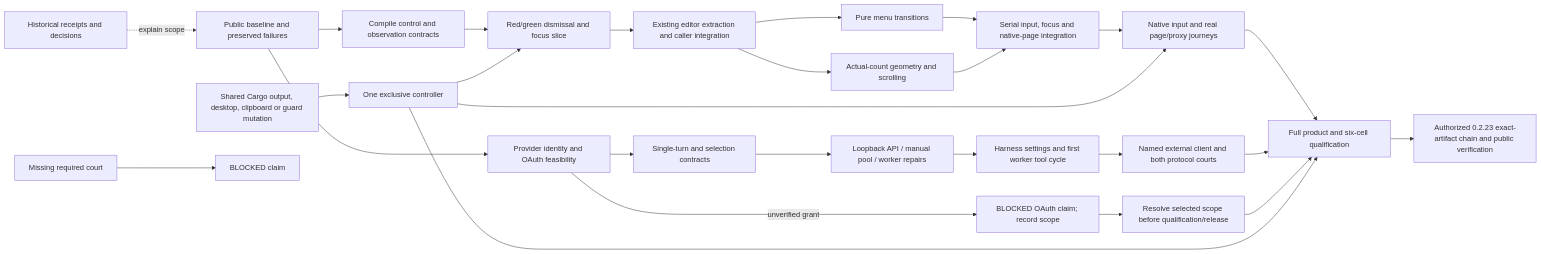
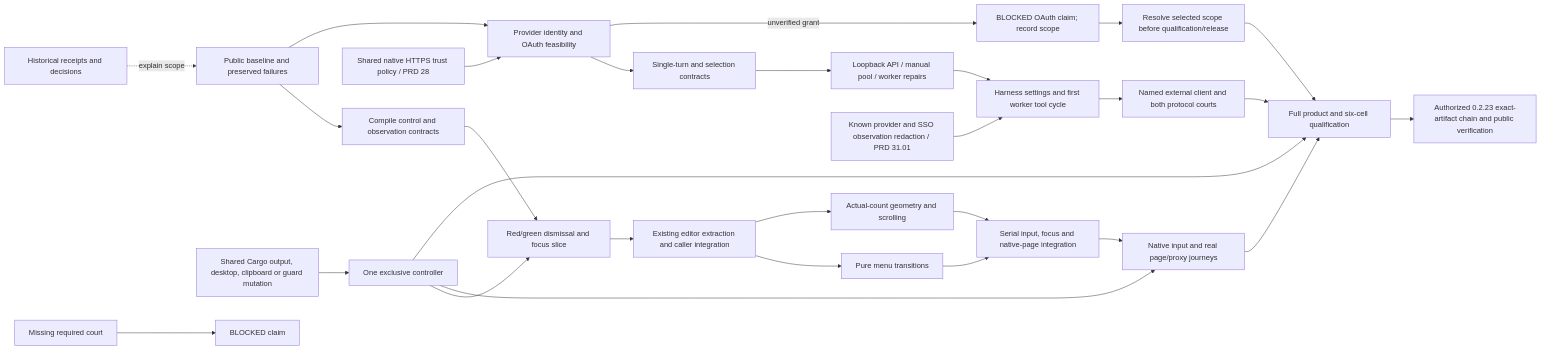
One commit to partnernetsoftware/minicon changed the diagram in plan/plan-v0.2.23.md. Above: the diagram before and after it, drawn with Mermaid. The commit also changed other lines of this file and 4 other files, not shown here.

````diff
--- a/plan/plan-v0.2.23.md
+++ b/plan/plan-v0.2.23.md
@@ -75,28 +75,30 @@
 ```mermaid
 flowchart LR
     B[Public baseline and preserved failures] --> C[Compile control and observation contracts]
     C --> D[Red/green dismissal and focus slice]
     D --> E[Existing editor extraction and caller integration]
     E --> M[Pure menu transitions]
     E --> L[Actual-count geometry and scrolling]
     B --> A[Provider identity and OAuth feasibility]
+    TLS[Shared native HTTPS trust policy / PRD 28] --> A
+    PRIV[Known provider and SSO observation redaction / PRD 31.01] --> HS
     A --> F[Single-turn and selection contracts]
     F --> G[Loopback API / manual pool / worker repairs]
     G --> HS[Harness settings and first worker tool cycle]
     HS --> EC[Named external client and both protocol courts]
     A -->|unverified grant| AB[BLOCKED OAuth claim; record scope]
     M --> I[Serial input, focus and native-page integration]
     L --> I
     I --> N[Native input and real page/proxy journeys]
     N --> Q[Full product and six-cell qualification]
     EC --> Q
     AB --> RD[Resolve selected scope before qualification/release]
     RD --> Q
     Q --> R[Authorized 0.2.23 exact-artifact chain and public verification]
     S[Shared Cargo output, desktop, clipboard or guard mutation] --> O[One exclusive controller]
     O --> D
     O --> N
     O --> Q
     X[Missing required court] --> K[BLOCKED claim]
     H[Historical receipts and decisions] -. explain scope .-> B
 ```
````
